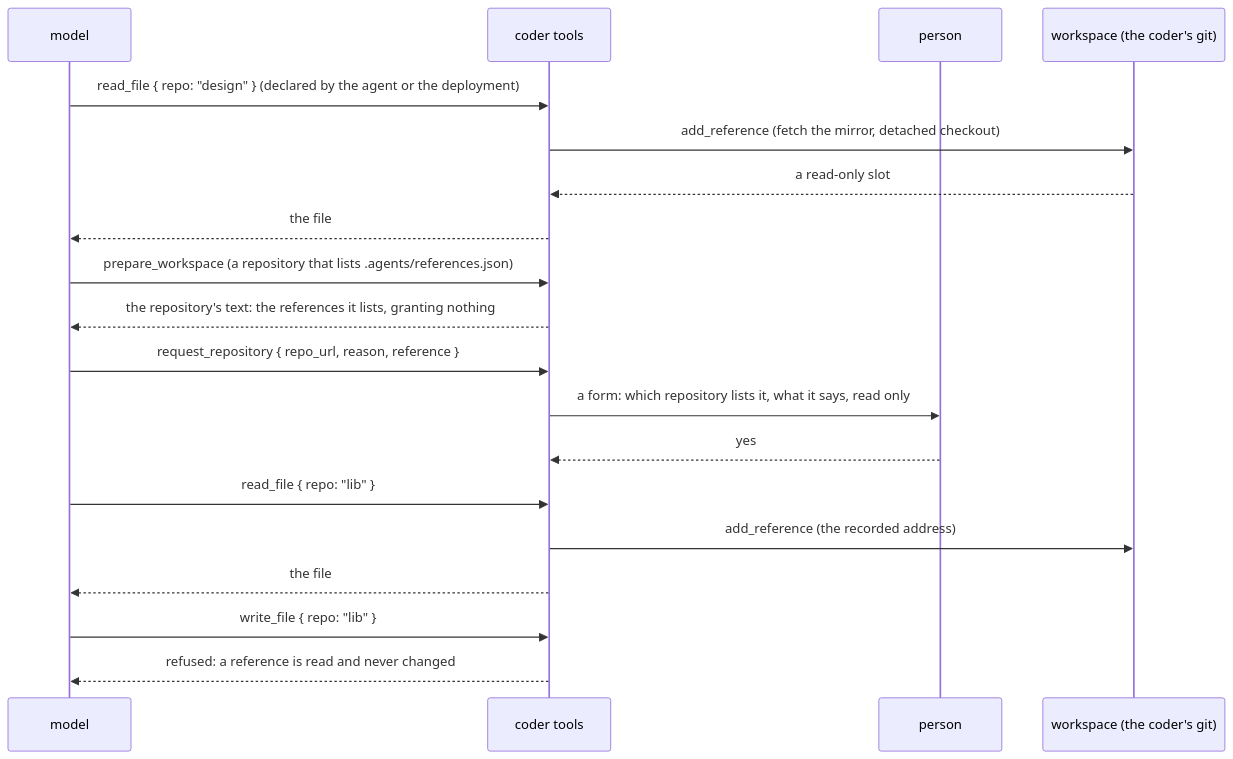
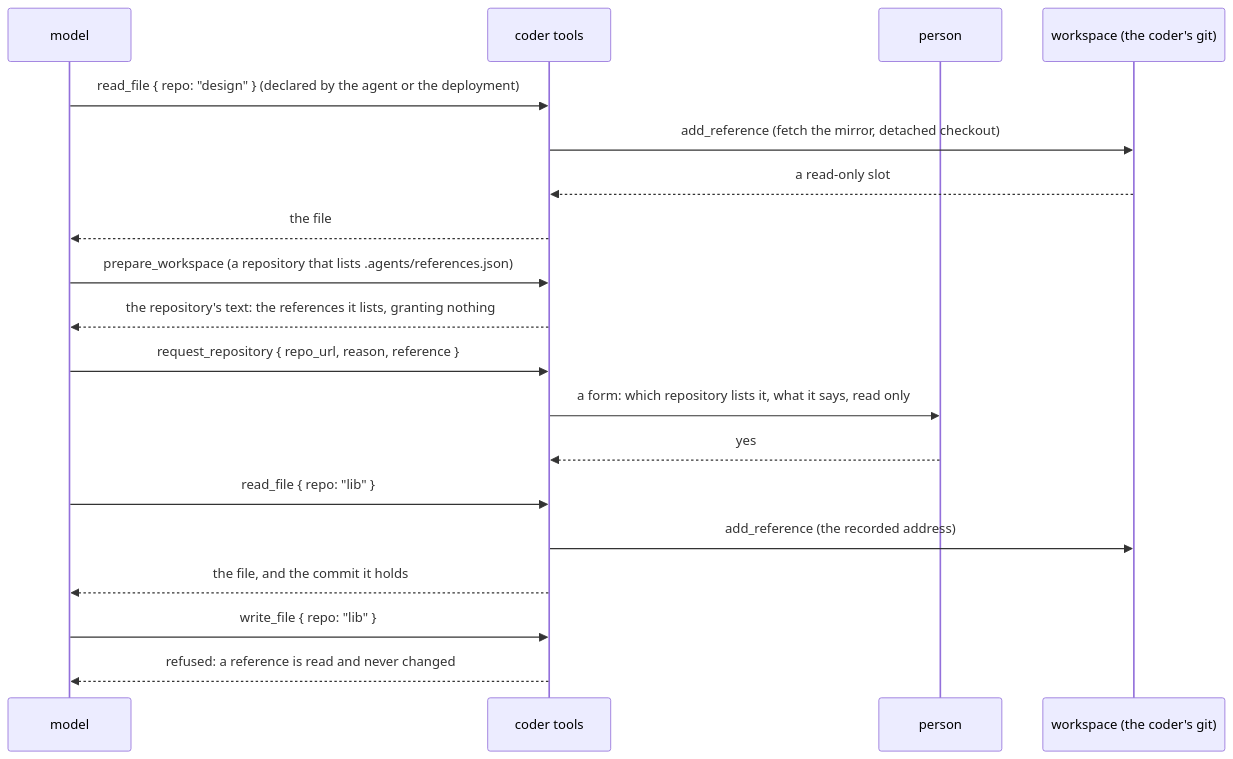
The fourth of 9 diagrams in docs/reference/workspace-and-environments.md (vymalo/another-adam-rs), drawn with Mermaid before and after one commit. The commit also changed other lines of this file and 5 other files, not shown here.

````diff
--- a/docs/reference/workspace-and-environments.md
+++ b/docs/reference/workspace-and-environments.md
@@ -118,21 +121,21 @@
 ```mermaid
 sequenceDiagram
     participant M as model
     participant T as coder tools
     participant P as person
     participant W as workspace (the coder's git)
     M->>T: read_file { repo: "design" } (declared by the agent or the deployment)
     T->>W: add_reference (fetch the mirror, detached checkout)
     W-->>T: a read-only slot
     T-->>M: the file
     M->>T: prepare_workspace (a repository that lists .agents/references.json)
     T-->>M: the repository's text: the references it lists, granting nothing
     M->>T: request_repository { repo_url, reason, reference }
     T->>P: a form: which repository lists it, what it says, read only
     P-->>T: yes
     M->>T: read_file { repo: "lib" }
     T->>W: add_reference (the recorded address)
-    T-->>M: the file
+    T-->>M: the file, and the commit it holds
     M->>T: write_file { repo: "lib" }
     T-->>M: refused: a reference is read and never changed
 ```
````
